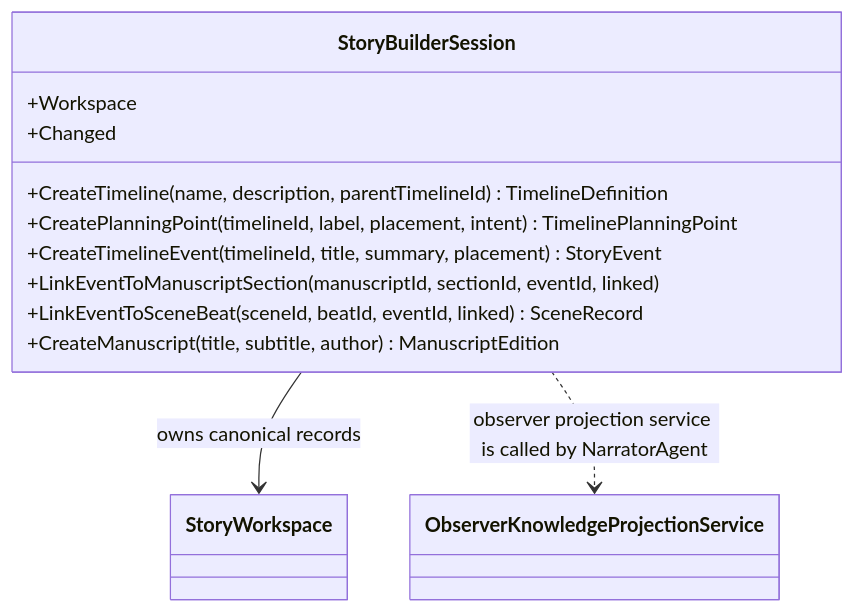
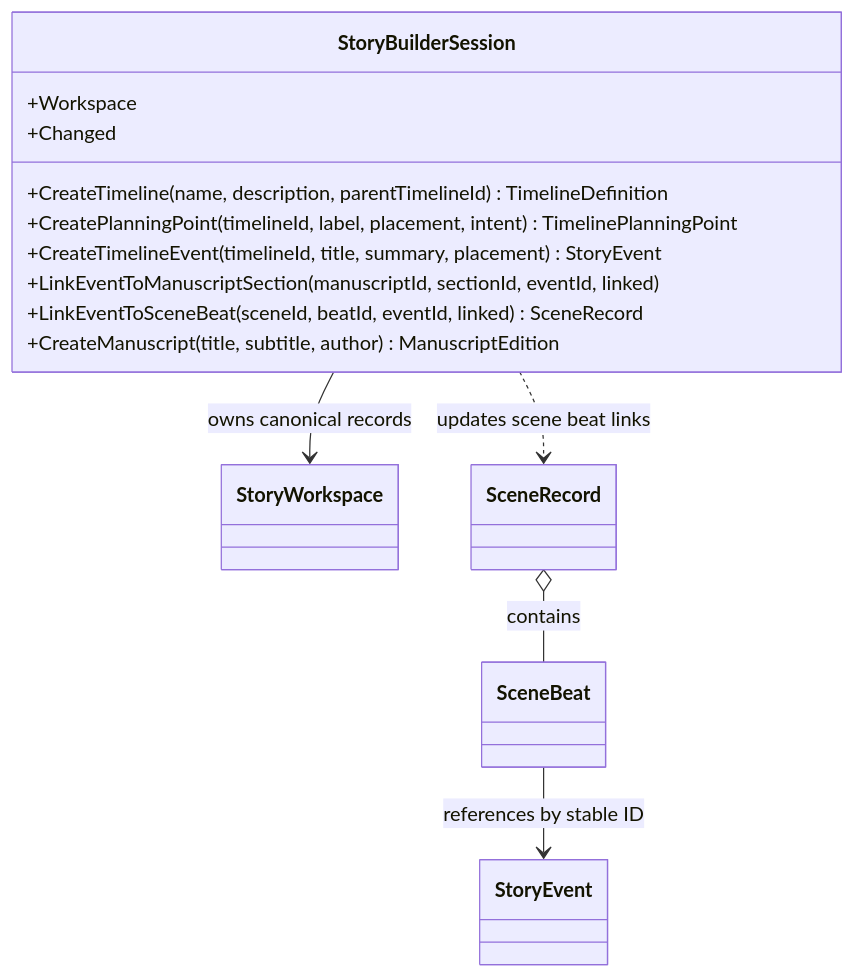
The diagram in docs/UML/StoryBuilderSessionUML.md (TrentBest/StoryBuilder), drawn with Mermaid before and after one commit. The commit also changed 16 other files, not shown here.

Commit message:
Connect timeline events to individual scene beats

````diff
--- a/docs/UML/StoryBuilderSessionUML.md
+++ b/docs/UML/StoryBuilderSessionUML.md
@@ -3,17 +3,21 @@
 ```mermaid
 classDiagram
     class StoryBuilderSession {
         +Workspace
         +CreateTimeline(name, description, parentTimelineId) TimelineDefinition
         +CreatePlanningPoint(timelineId, label, placement, intent) TimelinePlanningPoint
         +CreateTimelineEvent(timelineId, title, summary, placement) StoryEvent
         +LinkEventToManuscriptSection(manuscriptId, sectionId, eventId, linked)
         +LinkEventToSceneBeat(sceneId, beatId, eventId, linked) SceneRecord
         +CreateManuscript(title, subtitle, author) ManuscriptEdition
         +Changed
     }
     class StoryWorkspace
-    class ObserverKnowledgeProjectionService
+    class SceneRecord
+    class SceneBeat
+    class StoryEvent
     StoryBuilderSession --> StoryWorkspace : owns canonical records
-    StoryBuilderSession ..> ObserverKnowledgeProjectionService : observer projection service is called by NarratorAgent
+    StoryBuilderSession ..> SceneRecord : updates scene beat links
+    SceneRecord o-- SceneBeat : contains
+    SceneBeat --> StoryEvent : references by stable ID
 ```
````
